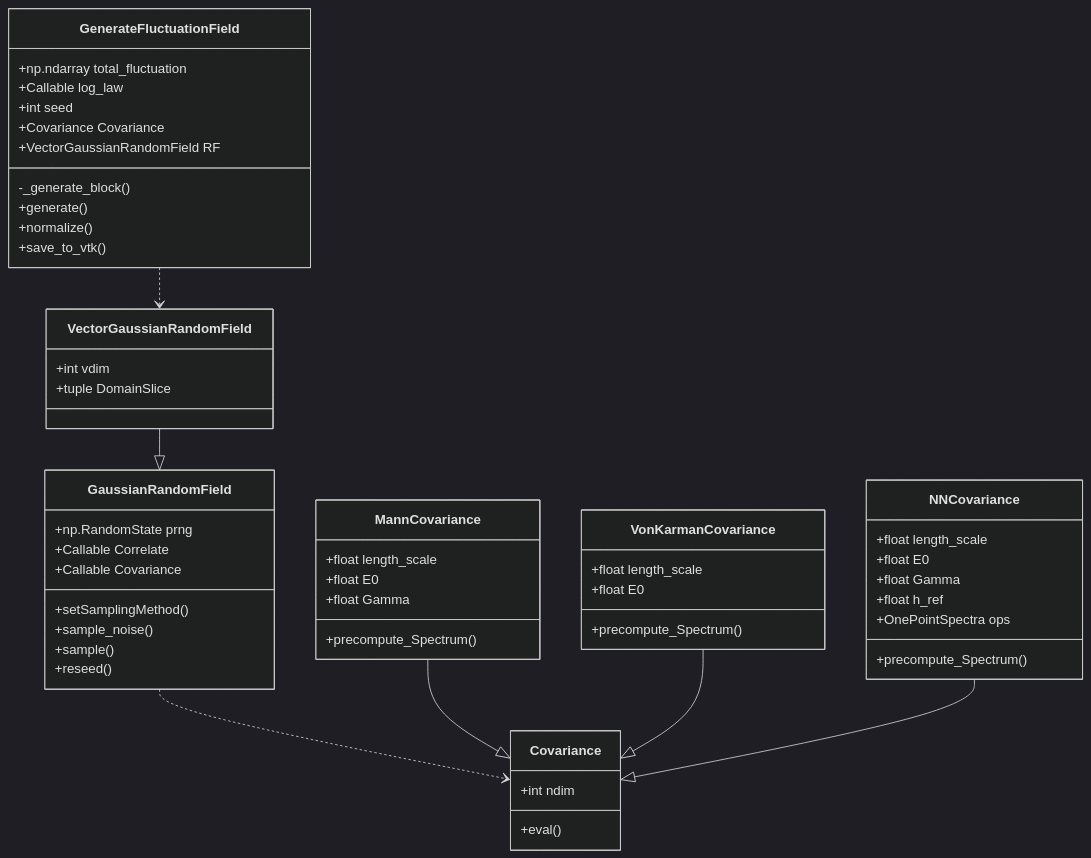
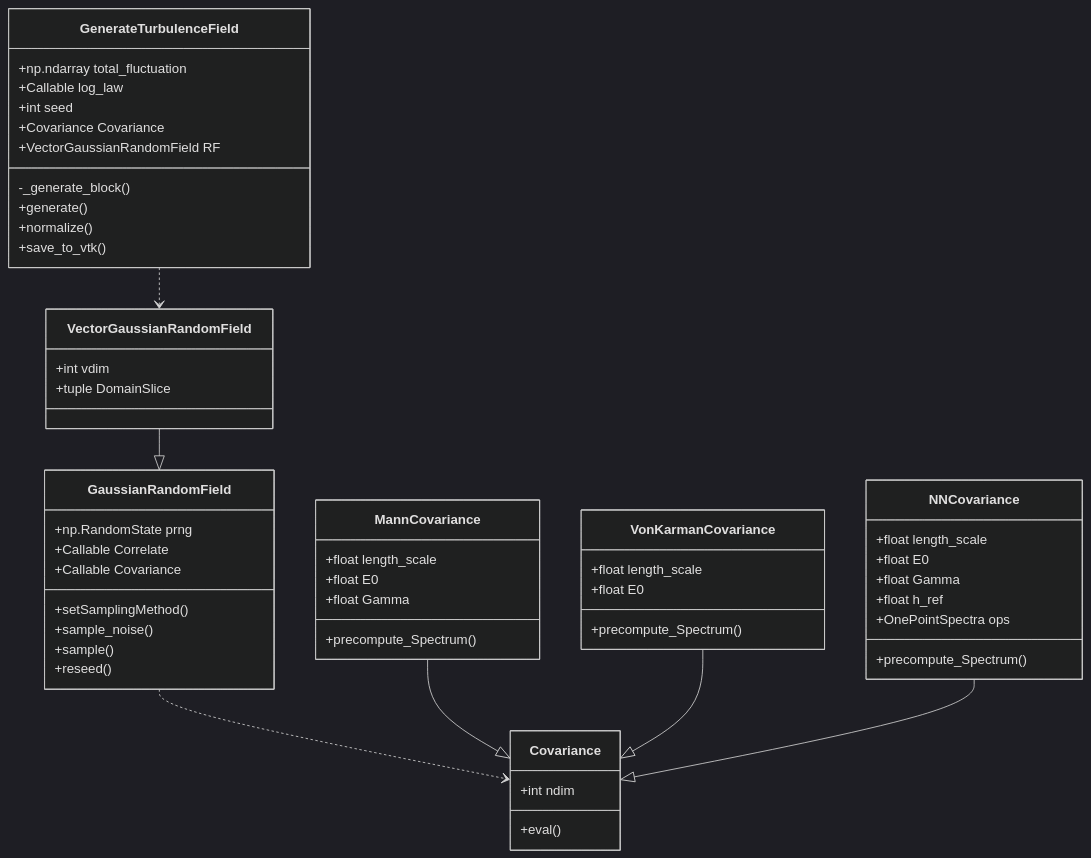
One commit to METHODS-Group/DRDMannTurb changed the diagram in docs/source/uml_fluct_gen.rst. Above: the diagram before and after it, drawn with Mermaid (dark theme). The commit also changed other lines of this file and 22 other files, not shown here.

```diff
--- a/docs/source/uml_fluct_gen.rst
+++ b/docs/source/uml_fluct_gen.rst
@@ -10,64 +10,64 @@
 .. mermaid:: 
     :zoom:
 
     classDiagram
     direction LR
-    GenerateFluctuationField ..> VectorGaussianRandomField
+    GenerateTurbulenceField ..> VectorGaussianRandomField
     GaussianRandomField ..> Covariance
 
     VectorGaussianRandomField --|> GaussianRandomField
 
     subgraph cov
     direction TB
     MannCovariance --|> Covariance
     VonKarmanCovariance --|> Covariance
     NNCovariance --|> Covariance
     end
 
-    GenerateFluctuationField : +np.ndarray total_fluctuation
-    GenerateFluctuationField : +Callable log_law
-    GenerateFluctuationField : +int seed
-    GenerateFluctuationField : +Covariance Covariance
-    GenerateFluctuationField : +VectorGaussianRandomField RF
+    GenerateTurbulenceField : +np.ndarray total_fluctuation
+    GenerateTurbulenceField : +Callable log_law
+    GenerateTurbulenceField : +int seed
+    GenerateTurbulenceField : +Covariance Covariance
+    GenerateTurbulenceField : +VectorGaussianRandomField RF
 
-    GenerateFluctuationField: -_generate_block()
-    GenerateFluctuationField: +generate()
-    GenerateFluctuationField: +normalize()
-    GenerateFluctuationField: +save_to_vtk()
+    GenerateTurbulenceField: -_generate_block()
+    GenerateTurbulenceField: +generate()
+    GenerateTurbulenceField: +normalize()
+    GenerateTurbulenceField: +save_to_vtk()
     class VectorGaussianRandomField{
       +int vdim
       +tuple DomainSlice
     }
     class Covariance{
       +int ndim
       +eval()
     }
     class GaussianRandomField{
     +np.RandomState prng
     +Callable Correlate
     +Callable Covariance
 
     +setSamplingMethod()
     +sample_noise()
     +sample()
     +reseed()
     }
     class VonKarmanCovariance{
     +float length_scale 
     +float E0
     +precompute_Spectrum()
     }
     class MannCovariance{
     +float length_scale 
     +float E0
     +float Gamma
     +precompute_Spectrum()
     }
     class NNCovariance{
     +float length_scale 
     +float E0
     +float Gamma
     +float h_ref
     +OnePointSpectra ops
     +precompute_Spectrum()
     }
```
